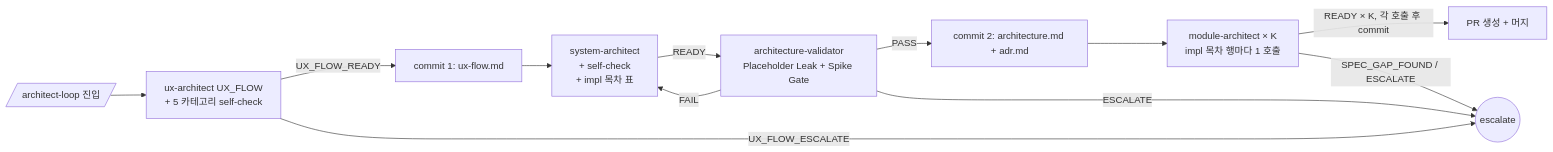
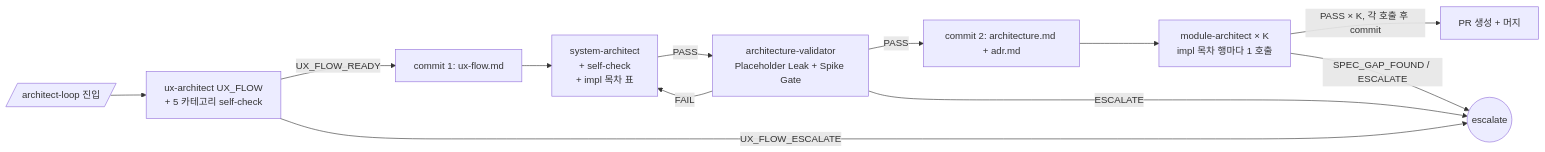
One commit to alruminum/dcNess changed the fourth of 8 diagrams in docs/plugin/orchestration.md. Above: the diagram before and after it, drawn with Mermaid. The commit also changed other lines of this file and 17 other files, not shown here.

````diff
--- a/docs/plugin/orchestration.md
+++ b/docs/plugin/orchestration.md
@@ -142,14 +142,14 @@
 ```mermaid
 flowchart LR
     entry[/architect-loop 진입/] --> ux[ux-architect UX_FLOW<br/>+ 5 카테고리 self-check]
     ux -->|UX_FLOW_READY| c1[commit 1: ux-flow.md]
     ux -->|UX_FLOW_ESCALATE| esc((escalate))
     c1 --> sd[system-architect<br/>+ self-check<br/>+ impl 목차 표]
-    sd -->|READY| dv[architecture-validator<br/>Placeholder Leak + Spike Gate]
+    sd -->|PASS| dv[architecture-validator<br/>Placeholder Leak + Spike Gate]
     dv -->|PASS| c2[commit 2: architecture.md + adr.md]
     dv -->|FAIL| sd
     dv -->|ESCALATE| esc
     c2 --> mp[module-architect × K<br/>impl 목차 행마다 1 호출]
-    mp -->|READY × K, 각 호출 후 commit| done[PR 생성 + 머지]
+    mp -->|PASS × K, 각 호출 후 commit| done[PR 생성 + 머지]
     mp -->|SPEC_GAP_FOUND / ESCALATE| esc
 ```
````
